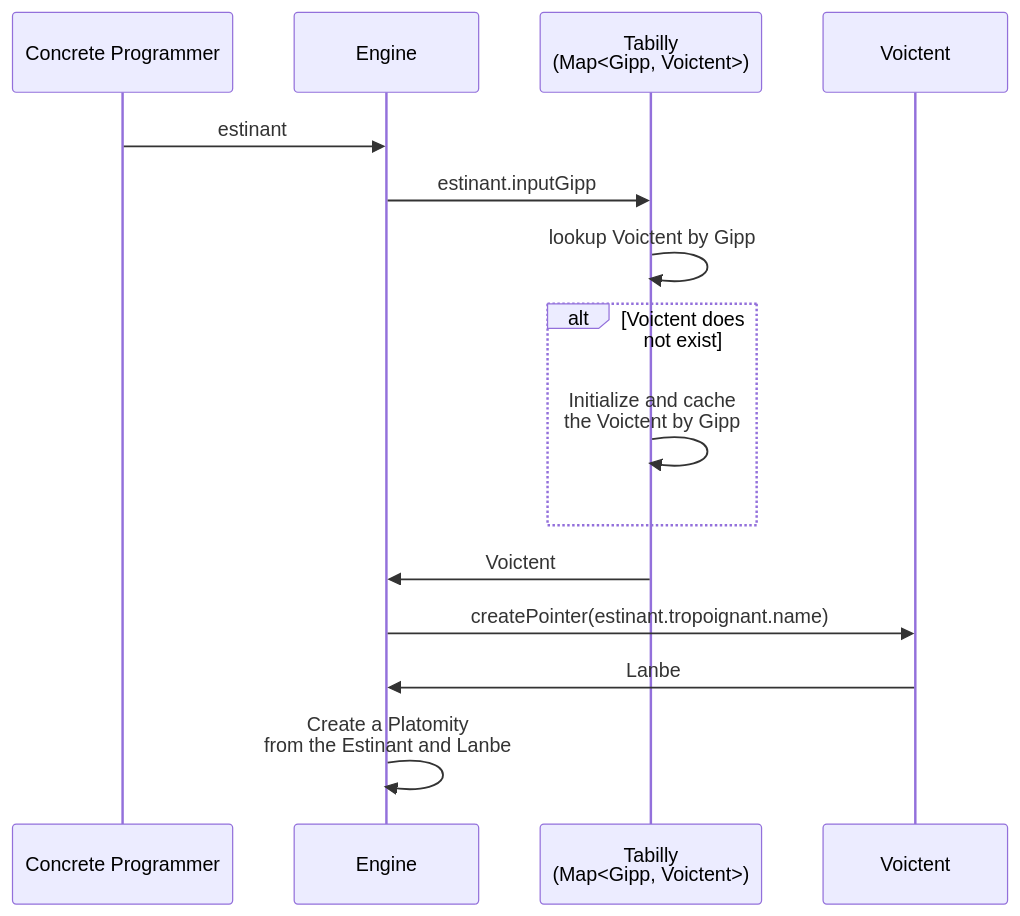
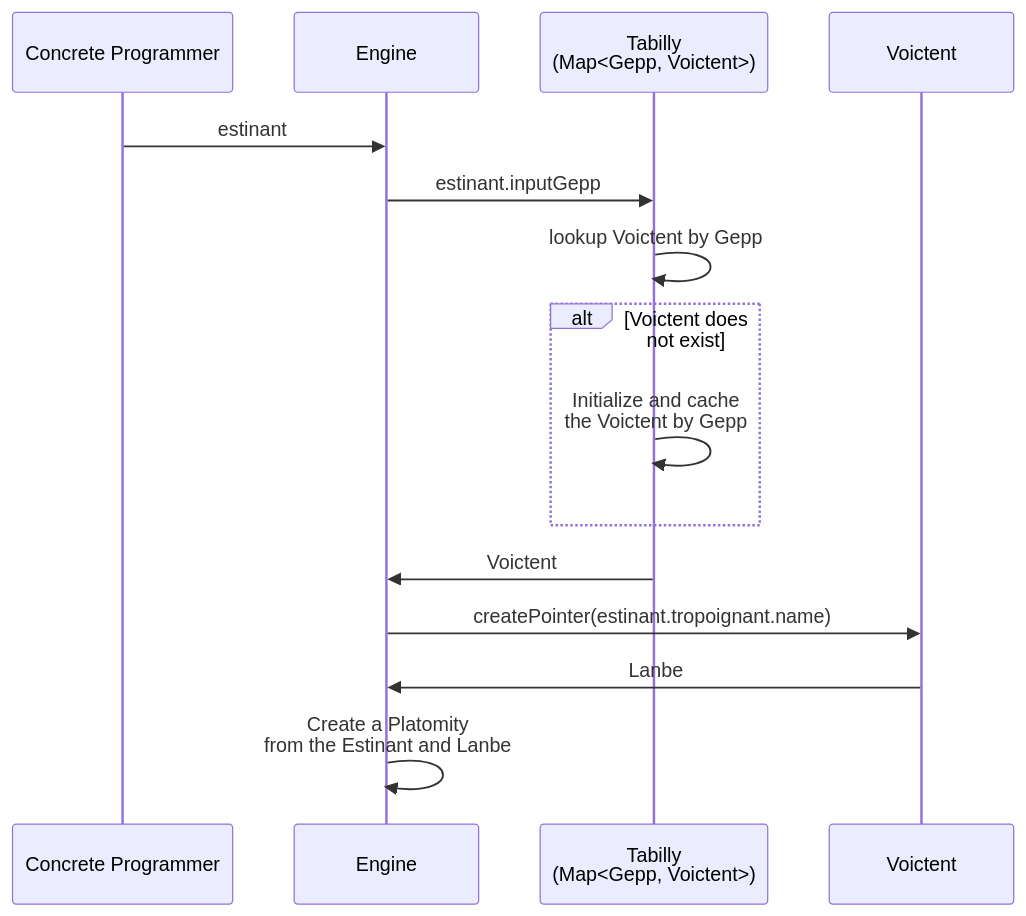
One commit to rachidlamouri/testing-platform changed the fifth of 6 diagrams in packages/open-schema-type-script/README.md. Above: the diagram before and after it, drawn with Mermaid. The commit also changed other lines of this file and 11 other files, not shown here.

Commit message:
Rename Gipp to Gepp

````diff
--- a/packages/open-schema-type-script/README.md
+++ b/packages/open-schema-type-script/README.md
@@ -162,20 +162,20 @@
 ```mermaid
 sequenceDiagram
   participant P as Concrete Programmer
   participant E as Engine
-  participant T as Tabilly <br> (Map<Gipp, Voictent>)
+  participant T as Tabilly <br> (Map<Gepp, Voictent>)
   participant V as Voictent
 
   P ->> E: estinant
-  E ->> T: estinant.inputGipp
-  T ->> T: lookup Voictent by Gipp
+  E ->> T: estinant.inputGepp
+  T ->> T: lookup Voictent by Gepp
 
   alt Voictent does not exist
-    T ->> T: Initialize and cache <br> the Voictent by Gipp
+    T ->> T: Initialize and cache <br> the Voictent by Gepp
   end
 
   T ->> E: Voictent
   E ->> V: createPointer(estinant.tropoignant.name)
   V ->> E: Lanbe
   E ->> E: Create a Platomity <br> from the Estinant and Lanbe
 ```
````
